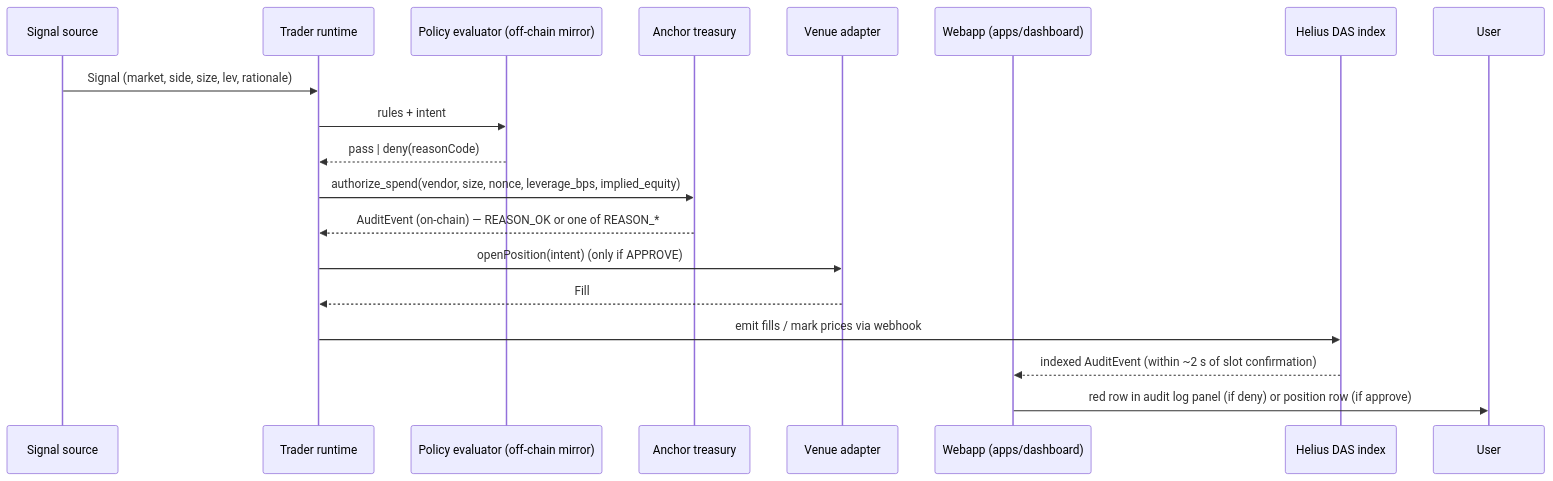
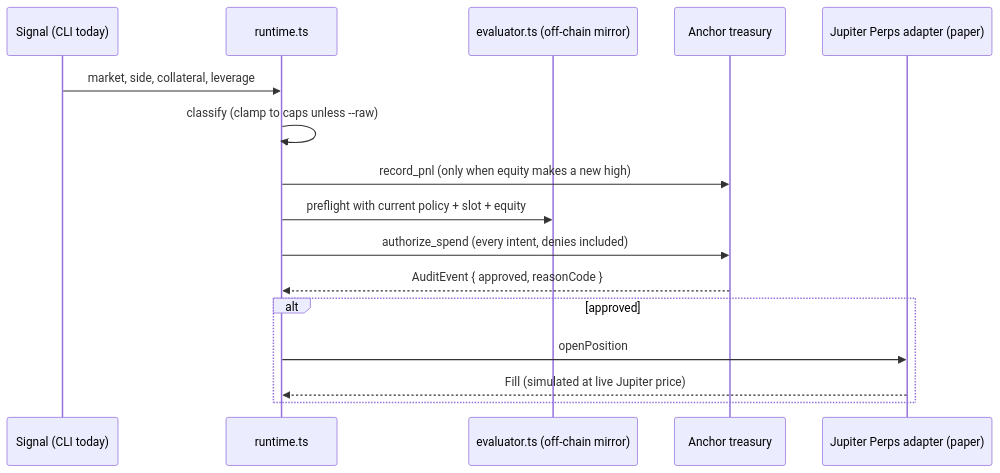
Before and after one commit to Therealratoshen/trade-on-my-behalf: the diagram in docs/agent-runtime.md, drawn with Mermaid. The commit also changed other lines of this file and 12 other files, not shown here.

Commit message:
docs: match shipped D10 code; correct Jupiter Perps program id (old id had no mainnet account); paper-mode scope stated plainly; PM-LOG decisions 17-19, R20 resolved, R21-R22

````diff
--- a/docs/agent-runtime.md
+++ b/docs/agent-runtime.md
@@ -22,21 +12,19 @@
 ```mermaid
 sequenceDiagram
-    participant Signal as Signal source
-    participant Runtime as Trader runtime
-    participant Eval as Policy evaluator (off-chain mirror)
-    participant Anchor as Anchor treasury
-    participant Venue as Venue adapter
-    participant Web as Webapp (apps/dashboard)
-    participant Helius as Helius DAS index
+    participant Signal as Signal (CLI today)
+    participant Runtime as runtime.ts
+    participant Eval as evaluator.ts (off-chain mirror)
+    participant Chain as Anchor treasury
+    participant Venue as Jupiter Perps adapter (paper)
 
-    Signal->>Runtime: Signal (market, side, size, lev, rationale)
-    Runtime->>Eval: rules + intent
-    Eval-->>Runtime: pass | deny(reasonCode)
-    Runtime->>Anchor: authorize_spend(vendor, size, nonce, leverage_bps, implied_equity)
-    Anchor-->>Runtime: AuditEvent (on-chain) — REASON_OK or one of REASON_*
-    Runtime->>Venue: openPosition(intent) (only if APPROVE)
-    Venue-->>Runtime: Fill
-    Runtime->>Helius: emit fills / mark prices via webhook
-    Helius-->>Web: indexed AuditEvent (within ~2 s of slot confirmation)
-    Web->>User: red row in audit log panel (if deny) or position row (if approve)
+    Signal->>Runtime: market, side, collateral, leverage
+    Runtime->>Runtime: classify (clamp to caps unless --raw)
+    Runtime->>Chain: record_pnl (only when equity makes a new high)
+    Runtime->>Eval: preflight with current policy + slot + equity
+    Runtime->>Chain: authorize_spend (every intent, denies included)
+    Chain-->>Runtime: AuditEvent { approved, reasonCode }
+    alt approved
+        Runtime->>Venue: openPosition
+        Venue-->>Runtime: Fill (simulated at live Jupiter price)
+    end
 ```
````
